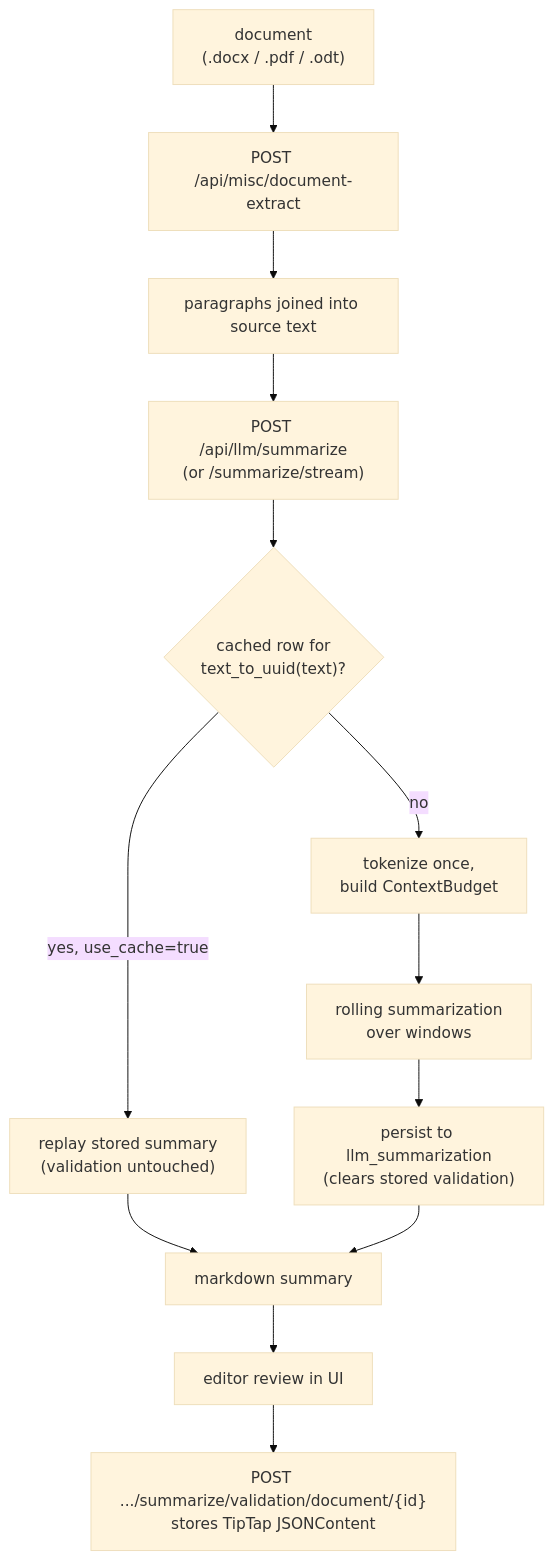
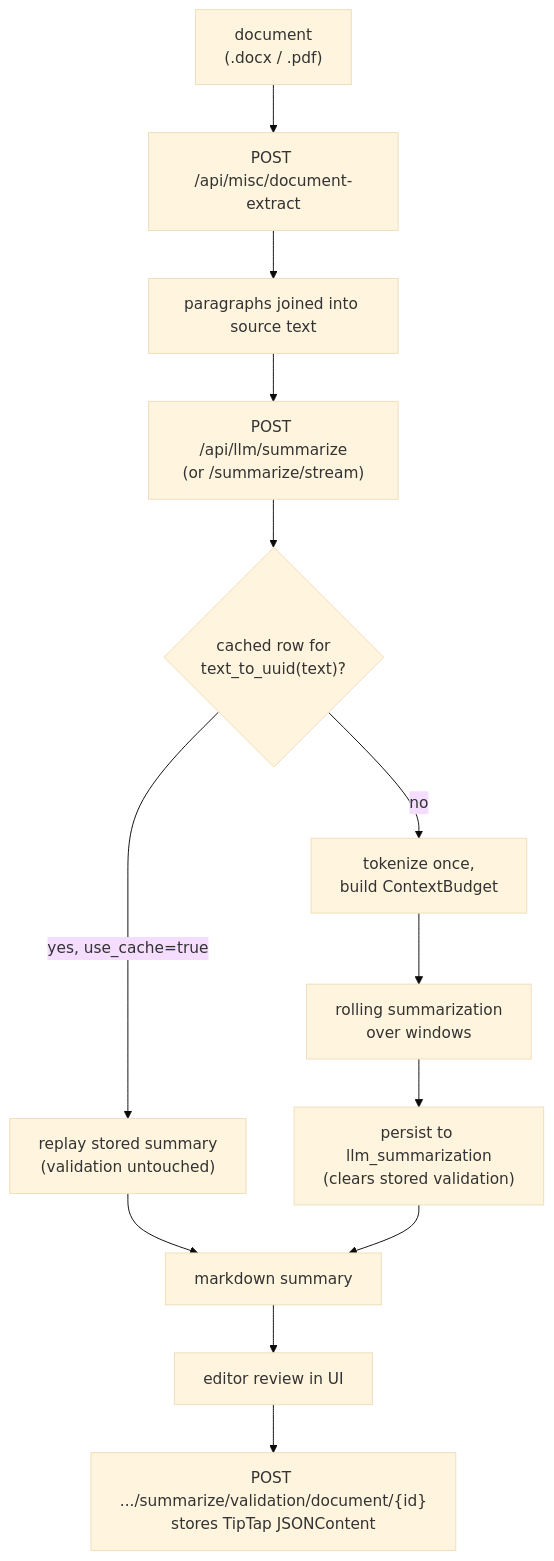
One commit to AymurAI/aymurai changed the diagram in docs/pipelines/summarization/README.md. Above: the diagram before and after it, drawn with Mermaid (base theme). The commit also changed 9 other files, not shown here.

First line of the commit message:
docs: drop ODT as a document input format

````diff
--- a/docs/pipelines/summarization/README.md
+++ b/docs/pipelines/summarization/README.md
@@ -35,15 +35,15 @@
 ```mermaid
 flowchart TD
-    A["document<br/>(.docx / .pdf / .odt)"] --> B["POST /api/misc/document-extract"]
+    A["document<br/>(.docx / .pdf)"] --> B["POST /api/misc/document-extract"]
     B --> C["paragraphs joined into source text"]
     C --> D["POST /api/llm/summarize<br/>(or /summarize/stream)"]
     D --> E{"cached row for<br/>text_to_uuid(text)?"}
     E -->|"yes, use_cache=true"| F["replay stored summary<br/>(validation untouched)"]
     E -->|no| G["tokenize once,<br/>build ContextBudget"]
     G --> H["rolling summarization<br/>over windows"]
     H --> I["persist to llm_summarization<br/>(clears stored validation)"]
     F --> J["markdown summary"]
     I --> J
     J --> K["editor review in UI"]
     K --> L["POST .../summarize/validation/document/{id}<br/>stores TipTap JSONContent"]
 ```
````
